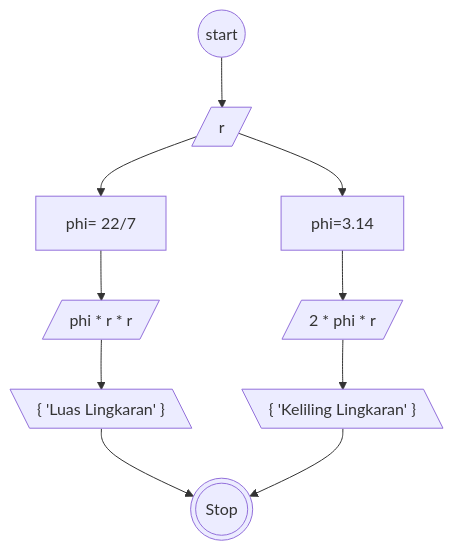
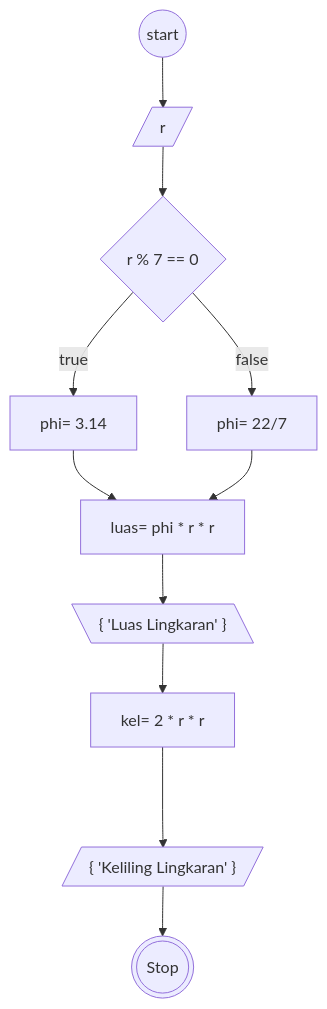
Before and after one commit to MuhammadWahyuPratama/koda-b8-algoritma: the diagram in luas-dan-keliling.md, drawn with Mermaid.

````diff
--- a/luas-dan-keliling.md
+++ b/luas-dan-keliling.md
@@ -22,14 +22,25 @@
 ```mermaid
 flowchart TD
 a@{shape: circle, label : "start"}
 b@{shape: lean-r, label : r}
+z@{shape: diamond, label : "r % 7 == 0"}
 c@{shape: rect, label : phi= 22/7 }
-d@{shape: lean-r , label: phi * r * r}
 e@{shape: lean-l , label: "{ 'Luas Lingkaran' }"}
-j@{shape: rect, label : phi=3.14}
-k@{shape: lean-r , label: "2 * phi * r"}
-l@{shape: lean-l , label: "{ 'Keliling Lingkaran' }"}
+y@{shape : rect, label : "luas= phi * r * r"}
+x@{shape : rect, label : "kel= 2 * r * r"}
+j@{shape: rect, label : phi= 3.14}
+u@{shape: lean-r , label: "{ 'Keliling Lingkaran' }"}
 m@{shape: dbl-circ, label: "Stop"}
-a-->b-->c-->d-->e-->m
-b-->j-->k-->l-->m
+a-->b
+b-->z
+z--false-->c
+z--true-->j
+j-->y
+c-->y
+y-->e
+e-->x
+x-->u
+u-->m
+
+
 ```
````
